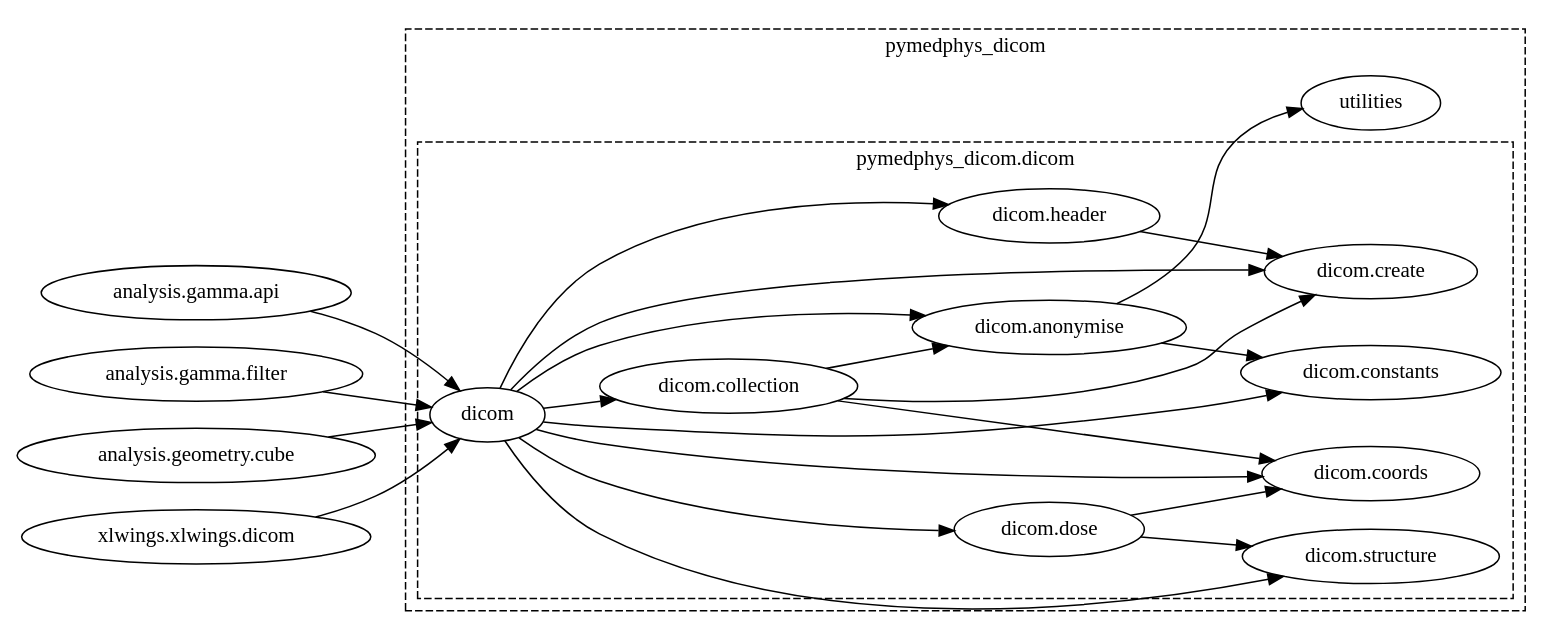
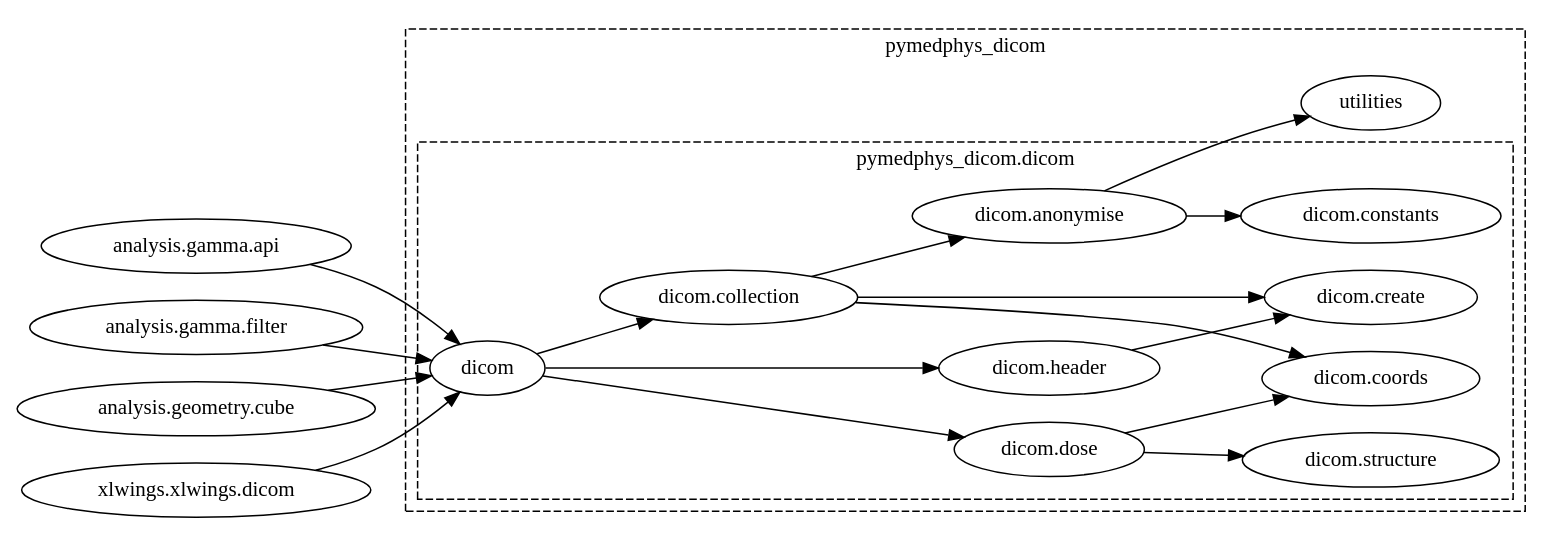
One commit to pymedphys/pymedphys changed the diagram in docs/graphs/pymedphys_dicom.dicom.dot. Above: the diagram before and after it, drawn with Graphviz. The commit also changed 49 other files, not shown here.

Commit message:
make graph draw be compatible with windows

```diff
--- a/docs/graphs/pymedphys_dicom.dicom.dot
+++ b/docs/graphs/pymedphys_dicom.dicom.dot
@@ -1,69 +1,52 @@
-strict digraph  {
-    rankdir = LR;
-
-    subgraph cluster_0 {
-        "pymedphys_dicom.utilities";
-        label = "pymedphys_dicom";
-        style = dashed;
-
-        subgraph cluster_1 {
-            { rank = same; "pymedphys_dicom.dicom.constants"; "pymedphys_dicom.dicom.coords"; "pymedphys_dicom.dicom.create"; "pymedphys_dicom.dicom.structure"; }
-            { rank = same; "pymedphys_dicom.dicom.anonymise"; "pymedphys_dicom.dicom.dose"; "pymedphys_dicom.dicom.header"; }
-            { rank = same; "pymedphys_dicom.dicom.collection"; }
-            { rank = same; "pymedphys_dicom.dicom"; }
-
-            label = "pymedphys_dicom.dicom"
-        }
-    }
-
-    "pymedphys_analysis.gamma.api" [label="analysis.gamma.api"];
-    "pymedphys_analysis.gamma.filter" [label="analysis.gamma.filter"];
-    "pymedphys_analysis.geometry.cube" [label="analysis.geometry.cube"];
-    "pymedphys_dicom.dicom" [label="dicom"];
-    "pymedphys_dicom.dicom.anonymise" [label="dicom.anonymise"];
-    "pymedphys_dicom.dicom.collection" [label="dicom.collection"];
-    "pymedphys_dicom.dicom.constants" [label="dicom.constants"];
-    "pymedphys_dicom.dicom.coords" [label="dicom.coords"];
-    "pymedphys_dicom.dicom.create" [label="dicom.create"];
-    "pymedphys_dicom.dicom.dose" [label="dicom.dose"];
-    "pymedphys_dicom.dicom.header" [label="dicom.header"];
-    "pymedphys_dicom.dicom.structure" [label="dicom.structure"];
-    "pymedphys_dicom.utilities" [label="utilities"];
-    "pymedphys_xlwings.xlwings.dicom" [label="xlwings.xlwings.dicom"];
-
-    "pymedphys_dicom.dicom" -> "pymedphys_dicom.dicom.anonymise";
-    "pymedphys_dicom.dicom" -> "pymedphys_dicom.dicom.collection";
-    "pymedphys_dicom.dicom" -> "pymedphys_dicom.dicom.constants";
-    "pymedphys_dicom.dicom" -> "pymedphys_dicom.dicom.coords";
-    "pymedphys_dicom.dicom" -> "pymedphys_dicom.dicom.create";
-    "pymedphys_dicom.dicom" -> "pymedphys_dicom.dicom.dose";
-    "pymedphys_dicom.dicom" -> "pymedphys_dicom.dicom.header";
-    "pymedphys_dicom.dicom" -> "pymedphys_dicom.dicom.structure";
-    "pymedphys_analysis.gamma.api" -> "pymedphys_dicom.dicom";
-    "pymedphys_analysis.gamma.filter" -> "pymedphys_dicom.dicom";
-    "pymedphys_analysis.geometry.cube" -> "pymedphys_dicom.dicom";
-    "pymedphys_xlwings.xlwings.dicom" -> "pymedphys_dicom.dicom";
-    "pymedphys_dicom.dicom.anonymise" -> "pymedphys_dicom.dicom.constants";
-    "pymedphys_dicom.dicom.anonymise" -> "pymedphys_dicom.utilities";
-    "pymedphys_dicom.dicom" -> "pymedphys_dicom.dicom.anonymise";
-    "pymedphys_dicom.dicom.collection" -> "pymedphys_dicom.dicom.anonymise";
-    "pymedphys_dicom.dicom.collection" -> "pymedphys_dicom.dicom.anonymise";
-    "pymedphys_dicom.dicom.collection" -> "pymedphys_dicom.dicom.coords";
-    "pymedphys_dicom.dicom.collection" -> "pymedphys_dicom.dicom.create";
-    "pymedphys_dicom.dicom" -> "pymedphys_dicom.dicom.collection";
-    "pymedphys_dicom.dicom" -> "pymedphys_dicom.dicom.constants";
-    "pymedphys_dicom.dicom.anonymise" -> "pymedphys_dicom.dicom.constants";
-    "pymedphys_dicom.dicom" -> "pymedphys_dicom.dicom.coords";
-    "pymedphys_dicom.dicom.collection" -> "pymedphys_dicom.dicom.coords";
-    "pymedphys_dicom.dicom.dose" -> "pymedphys_dicom.dicom.coords";
-    "pymedphys_dicom.dicom" -> "pymedphys_dicom.dicom.create";
-    "pymedphys_dicom.dicom.collection" -> "pymedphys_dicom.dicom.create";
-    "pymedphys_dicom.dicom.header" -> "pymedphys_dicom.dicom.create";
-    "pymedphys_dicom.dicom.dose" -> "pymedphys_dicom.dicom.coords";
-    "pymedphys_dicom.dicom.dose" -> "pymedphys_dicom.dicom.structure";
-    "pymedphys_dicom.dicom" -> "pymedphys_dicom.dicom.dose";
-    "pymedphys_dicom.dicom.header" -> "pymedphys_dicom.dicom.create";
-    "pymedphys_dicom.dicom" -> "pymedphys_dicom.dicom.header";
-    "pymedphys_dicom.dicom" -> "pymedphys_dicom.dicom.structure";
-    "pymedphys_dicom.dicom.dose" -> "pymedphys_dicom.dicom.structure";
+strict digraph {
+	graph [rankdir=LR];
+	subgraph cluster_0 {
+		graph [label=pymedphys_dicom,
+			style=dashed
+		];
+		subgraph cluster_1 {
+			graph [label="pymedphys_dicom.dicom"];
+			{
+				graph [rank=same];
+				"pymedphys_dicom.dicom.constants"				 [label="dicom.constants"];
+				"pymedphys_dicom.dicom.coords"				 [label="dicom.coords"];
+				"pymedphys_dicom.dicom.create"				 [label="dicom.create"];
+				"pymedphys_dicom.dicom.structure"				 [label="dicom.structure"];
+			}
+			{
+				graph [rank=same];
+				"pymedphys_dicom.dicom.anonymise"				 [label="dicom.anonymise"];
+				"pymedphys_dicom.dicom.dose"				 [label="dicom.dose"];
+				"pymedphys_dicom.dicom.header"				 [label="dicom.header"];
+			}
+			{
+				graph [rank=same];
+				"pymedphys_dicom.dicom.collection"				 [label="dicom.collection"];
+			}
+			{
+				graph [rank=same];
+				"pymedphys_dicom.dicom"				 [label=dicom];
+			}
+		}
+		"pymedphys_dicom.utilities"		 [label=utilities];
+	}
+	"pymedphys_dicom.dicom.anonymise" -> "pymedphys_dicom.utilities";
+	"pymedphys_dicom.dicom.anonymise" -> "pymedphys_dicom.dicom.constants";
+	"pymedphys_dicom.dicom.dose" -> "pymedphys_dicom.dicom.coords";
+	"pymedphys_dicom.dicom.dose" -> "pymedphys_dicom.dicom.structure";
+	"pymedphys_dicom.dicom.header" -> "pymedphys_dicom.dicom.create";
+	"pymedphys_dicom.dicom.collection" -> "pymedphys_dicom.dicom.coords";
+	"pymedphys_dicom.dicom.collection" -> "pymedphys_dicom.dicom.create";
+	"pymedphys_dicom.dicom.collection" -> "pymedphys_dicom.dicom.anonymise";
+	"pymedphys_dicom.dicom" -> "pymedphys_dicom.dicom.dose";
+	"pymedphys_dicom.dicom" -> "pymedphys_dicom.dicom.header";
+	"pymedphys_dicom.dicom" -> "pymedphys_dicom.dicom.collection";
+	"pymedphys_analysis.gamma.api"	 [label="analysis.gamma.api"];
+	"pymedphys_analysis.gamma.api" -> "pymedphys_dicom.dicom";
+	"pymedphys_analysis.gamma.filter"	 [label="analysis.gamma.filter"];
+	"pymedphys_analysis.gamma.filter" -> "pymedphys_dicom.dicom";
+	"pymedphys_analysis.geometry.cube"	 [label="analysis.geometry.cube"];
+	"pymedphys_analysis.geometry.cube" -> "pymedphys_dicom.dicom";
+	"pymedphys_xlwings.xlwings.dicom"	 [label="xlwings.xlwings.dicom"];
+	"pymedphys_xlwings.xlwings.dicom" -> "pymedphys_dicom.dicom";
 }
```
